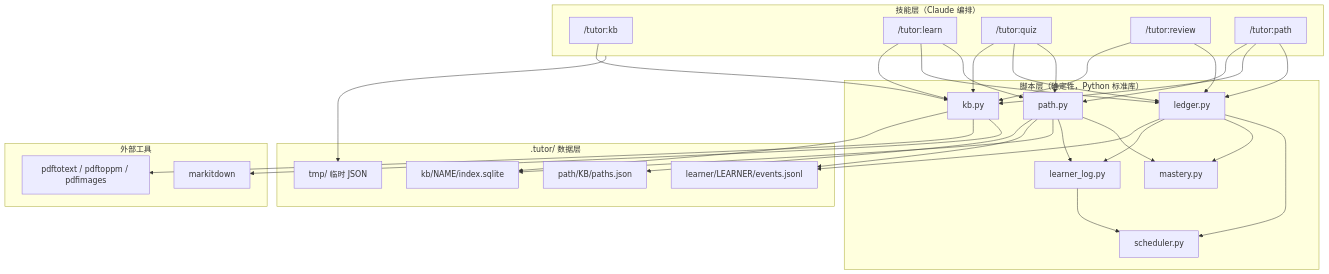
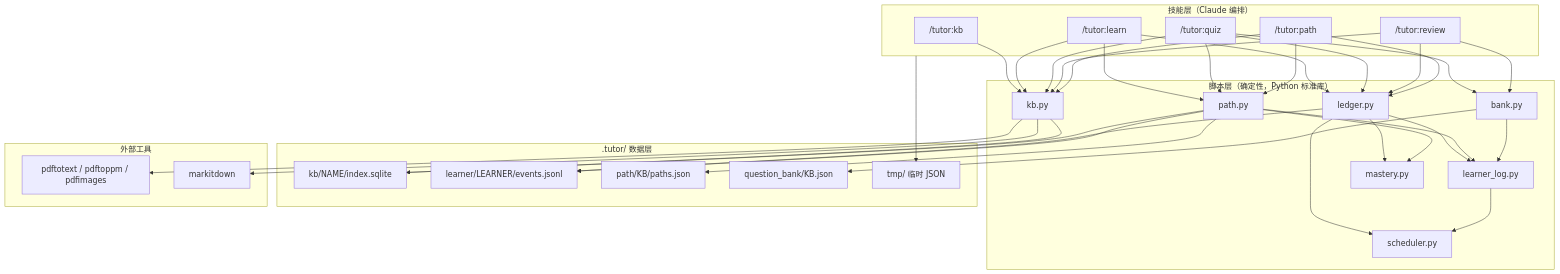
One commit to Huangyu-Shen/deep-tutor-with-claude-code changed the first of 3 diagrams in docs/code-wiki/01-architecture.md. Above: the diagram before and after it, drawn with Mermaid. The commit also changed other lines of this file and 6 other files, not shown here.

````diff
--- a/docs/code-wiki/01-architecture.md
+++ b/docs/code-wiki/01-architecture.md
@@ -47,59 +50,65 @@
 ```mermaid
 flowchart TB
   subgraph Skills["技能层（Claude 编排）"]
     KB["/tutor:kb"]
     LEARN["/tutor:learn"]
     QUIZ["/tutor:quiz"]
     REVIEW["/tutor:review"]
     PATH["/tutor:path"]
   end
 
   subgraph Scripts["脚本层（确定性，Python 标准库）"]
     KBPY["kb.py"]
     LEDGER["ledger.py"]
     PATHPY["path.py"]
+    BANK["bank.py"]
     LOG["learner_log.py"]
     MAST["mastery.py"]
     SCH["scheduler.py"]
   end
 
   subgraph Data[".tutor/ 数据层"]
     IDX["kb/NAME/index.sqlite"]
     EV["learner/LEARNER/events.jsonl"]
     PJSON["path/KB/paths.json"]
+    QB["question_bank/KB.json"]
     TMP["tmp/ 临时 JSON"]
   end
 
   subgraph External["外部工具"]
     PDF["pdftotext / pdftoppm / pdfimages"]
     MD["markitdown"]
   end
 
   KB --> KBPY
   LEARN --> KBPY
   LEARN --> LEDGER
   LEARN --> PATHPY
   QUIZ --> KBPY
   QUIZ --> LEDGER
   QUIZ --> PATHPY
+  QUIZ --> BANK
   REVIEW --> KBPY
   REVIEW --> LEDGER
+  REVIEW --> BANK
   PATH --> PATHPY
   PATH --> KBPY
   PATH --> LEDGER
 
   KBPY --> IDX
   KBPY --> PDF
   KBPY --> MD
   LEDGER --> EV
   LEDGER --> LOG
   LEDGER --> MAST
   LEDGER --> SCH
   PATHPY --> PJSON
   PATHPY --> EV
   PATHPY --> IDX
   PATHPY --> LOG
   PATHPY --> MAST
+  BANK --> QB
+  BANK --> LOG
   LOG --> SCH
   Skills --> TMP
 ```
````
